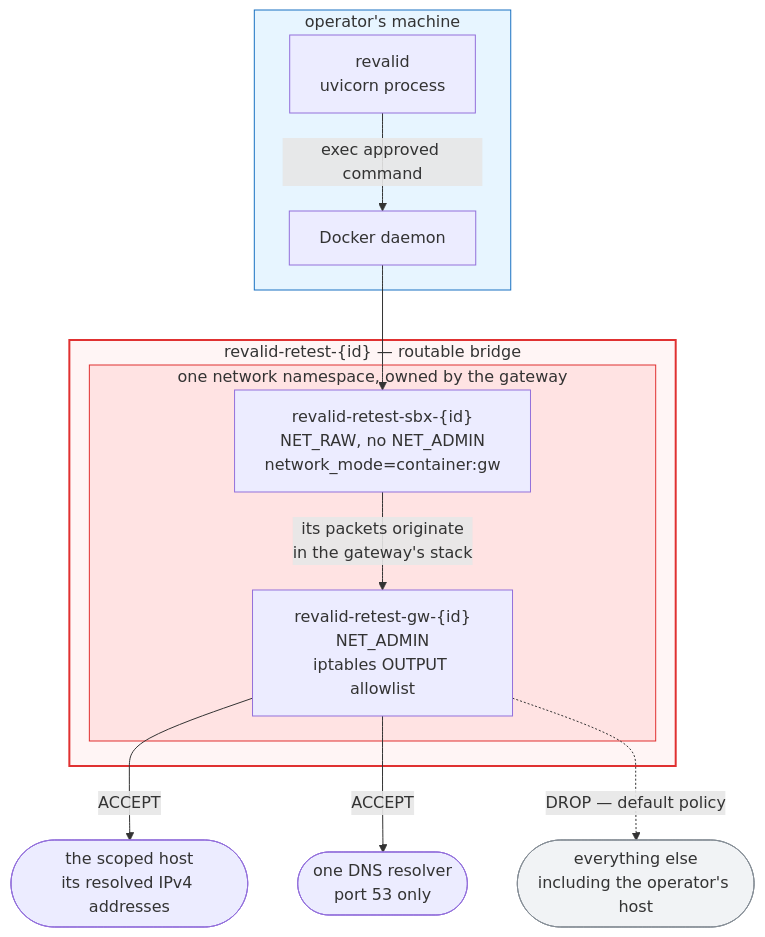
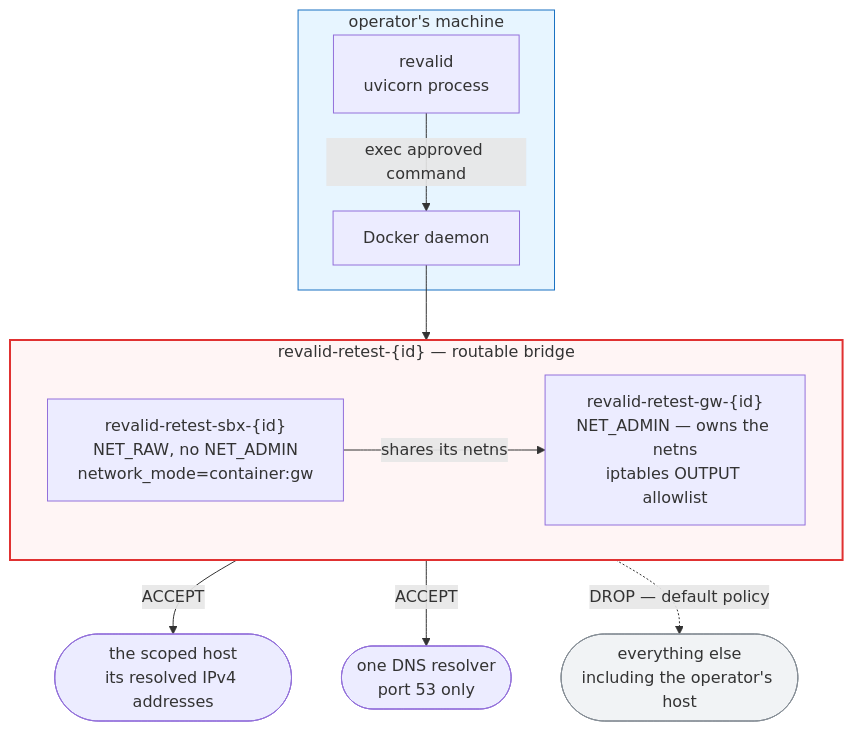
One commit to SelfishCoconut/revalid changed the third of 4 diagrams in docs/architecture/topology.md. Above: the diagram before and after it, drawn with Mermaid. The commit also changed other lines of this file and 8 other files, not shown here.

````diff
--- a/docs/architecture/topology.md
+++ b/docs/architecture/topology.md
@@ -109,30 +111,28 @@
 ```mermaid
 flowchart TB
     subgraph host["operator's machine"]
         APP["revalid<br/>uvicorn process"]
         DOCK["Docker daemon"]
     end
 
     subgraph net["revalid-retest-{id} — routable bridge"]
-        subgraph ns["one network namespace, owned by the gateway"]
-            SBX["revalid-retest-sbx-{id}<br/>NET_RAW, no NET_ADMIN<br/>network_mode=container:gw"]
-            GW["revalid-retest-gw-{id}<br/>NET_ADMIN<br/>iptables OUTPUT allowlist"]
-        end
+        direction LR
+        SBX["revalid-retest-sbx-{id}<br/>NET_RAW, no NET_ADMIN<br/>network_mode=container:gw"]
+        GW["revalid-retest-gw-{id}<br/>NET_ADMIN — owns the netns<br/>iptables OUTPUT allowlist"]
     end
 
     TGT(["the scoped host<br/>its resolved IPv4 addresses"])
     DNS(["one DNS resolver<br/>port 53 only"])
     OFF(["everything else<br/>including the operator's host"])
 
     APP -->|"exec approved command"| DOCK
     DOCK --> SBX
-    SBX -->|"its packets originate<br/>in the gateway's stack"| GW
+    SBX -->|"shares its netns"| GW
     GW -->|ACCEPT| TGT
     GW -->|ACCEPT| DNS
     GW -.->|"DROP — default policy"| OFF
 
     style net fill:#fff5f5,stroke:#e03131,stroke-width:2px
-    style ns fill:#ffe3e3,stroke:#e03131
     style host fill:#e7f5ff,stroke:#1971c2
     style OFF fill:#f1f3f5,stroke:#868e96
 ```
````
